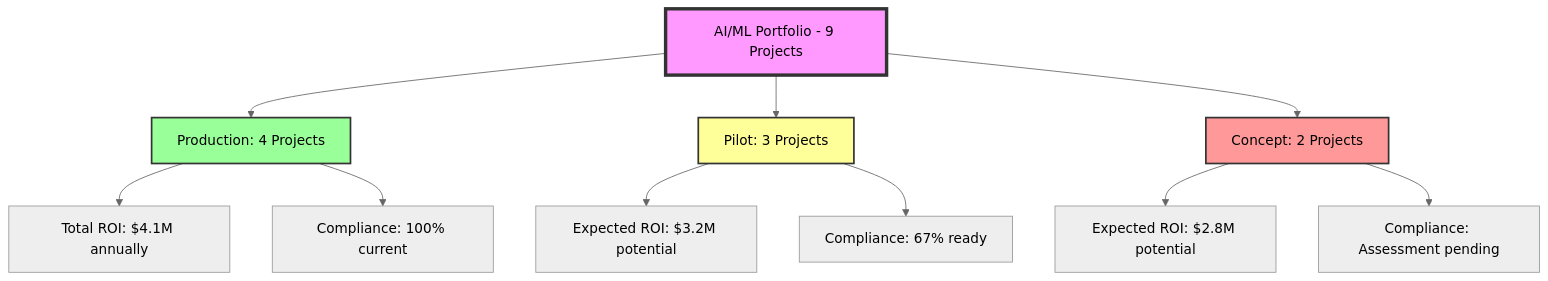
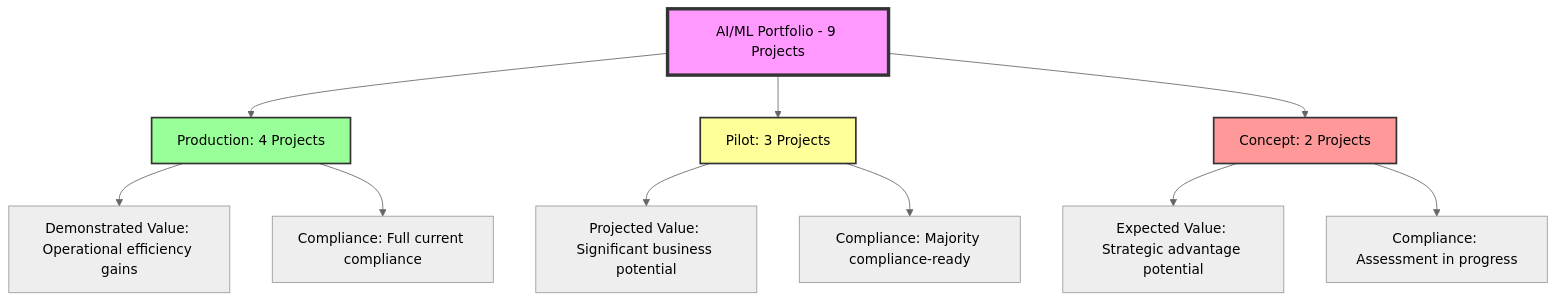
Before and after one commit to HiddeBV/iasa-ai-course: the first of 3 diagrams in final assignment/final-assignment-solution.md, drawn with Mermaid (neutral theme). The commit also changed other lines of this file and 1 other file, not shown here.

Commit message:
feat: Add AI strategy presentation for Tinkleman Coffee, including comprehensive slides on project portfolio, governance, compliance, and implementation roadmap

````diff
--- a/final assignment/final-assignment-solution.md
+++ b/final assignment/final-assignment-solution.md
@@ -114,20 +118,20 @@
 ```mermaid
 graph TB
     A[AI/ML Portfolio - 9 Projects] --> B[Production: 4 Projects]
     A --> C[Pilot: 3 Projects]
     A --> D[Concept: 2 Projects]
     
-    B --> E[Total ROI: $4.1M annually]
-    B --> F[Compliance: 100% current]
+    B --> E[Demonstrated Value: Operational efficiency gains]
+    B --> F[Compliance: Full current compliance]
     
-    C --> G[Expected ROI: $3.2M potential]
-    C --> H[Compliance: 67% ready]
+    C --> G[Projected Value: Significant business potential]
+    C --> H[Compliance: Majority compliance-ready]
     
-    D --> I[Expected ROI: $2.8M potential]
-    D --> J[Compliance: Assessment pending]
+    D --> I[Expected Value: Strategic advantage potential]
+    D --> J[Compliance: Assessment in progress]
     
     style A fill:#f9f,stroke:#333,stroke-width:4px
     style B fill:#9f9,stroke:#333,stroke-width:2px
     style C fill:#ff9,stroke:#333,stroke-width:2px
     style D fill:#f99,stroke:#333,stroke-width:2px
 ```
````
